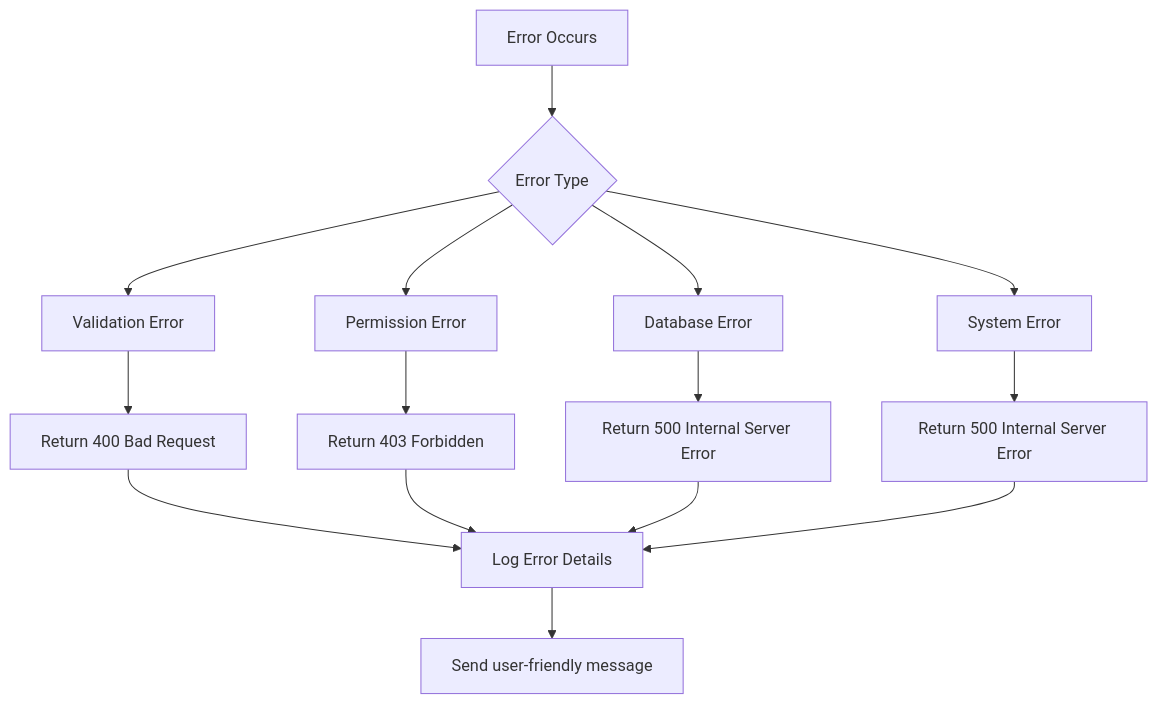
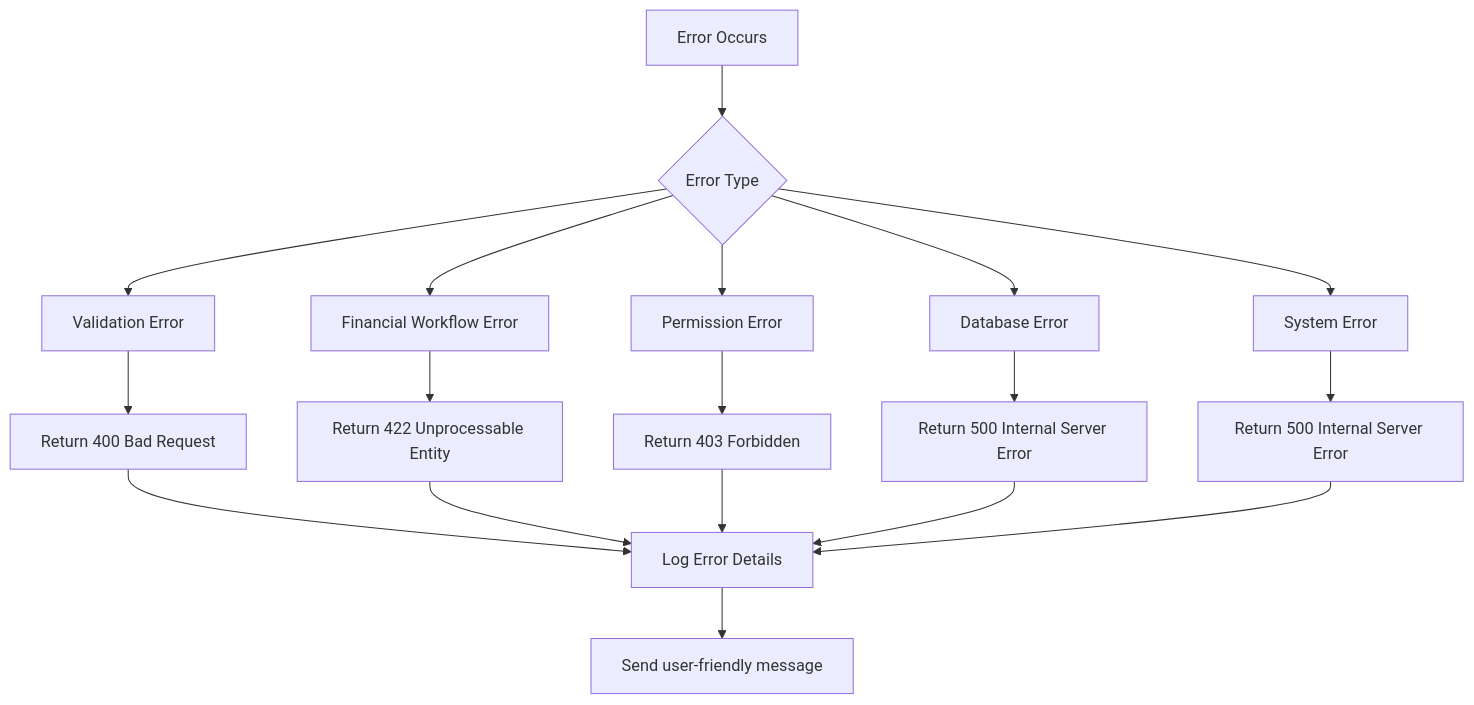
Before and after one commit to franckylab/eLISAschool: diagram 13 of 13 in .qoder/repowiki/en/content/Modules & Features/Validation Workflow System.md, drawn with Mermaid. The commit also changed other lines of this file and 236 other files, not shown here.

````diff
--- a/.qoder/repowiki/en/content/Modules & Features/Validation Workflow System.md
+++ b/.qoder/repowiki/en/content/Modules & Features/Validation Workflow System.md
@@ -428,17 +650,20 @@
 ```mermaid
 flowchart TD
 Error[Error Occurs] --> Type{Error Type}
 Type --> Validation[Validation Error]
+Type --> Financial[Financial Workflow Error]
 Type --> Permission[Permission Error]
 Type --> Database[Database Error]
 Type --> System[System Error]
 Validation --> ValidationError[Return 400 Bad Request]
+Financial --> FinancialError[Return 422 Unprocessable Entity]
 Permission --> PermissionError[Return 403 Forbidden]
 Database --> DatabaseError[Return 500 Internal Server Error]
 System --> SystemError[Return 500 Internal Server Error]
 ValidationError --> Log[Log Error Details]
+FinancialError --> Log
 PermissionError --> Log
 DatabaseError --> Log
 SystemError --> Log
 Log --> UserMessage[Send user-friendly message]
 ```
````
